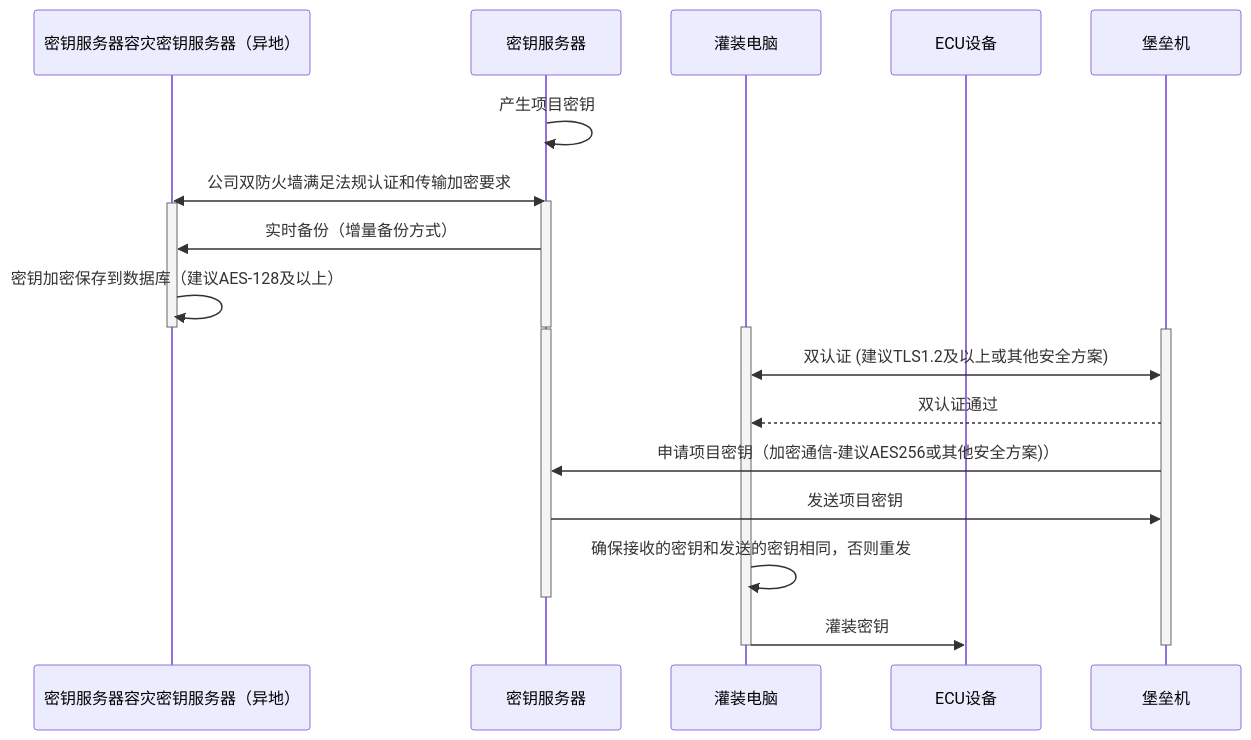
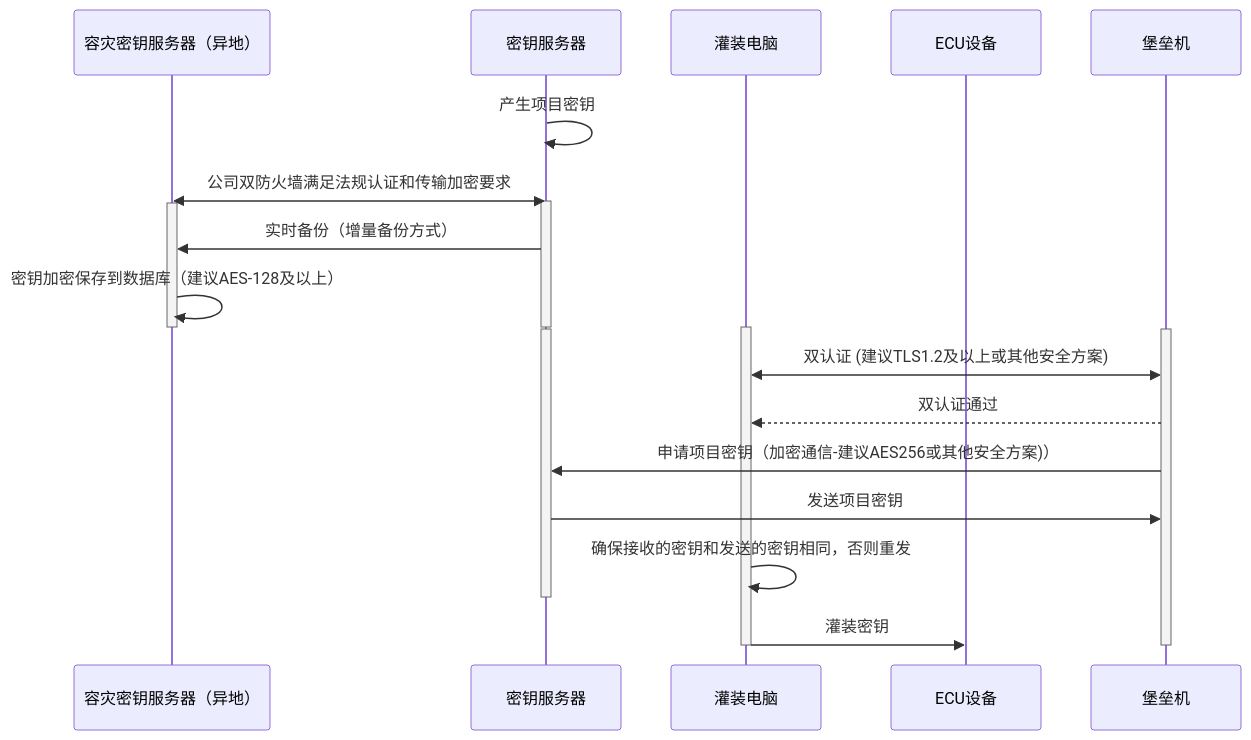
Before and after one commit to facebook-cloud/iodraw-files: the diagram in all/未命名-15.md, drawn with Mermaid.

Commit message:
2026-02-07 09:58:45 update

````diff
--- a/all/未命名-15.md
+++ b/all/未命名-15.md
@@ -1,34 +1,34 @@
 ```mermaid
 sequenceDiagram
-    participant B as 密钥服务器容灾密钥服务器（异地）
+    participant B as 容灾密钥服务器（异地）
     participant A as 密钥服务器
     participant C as 灌装电脑
     participant D as ECU设备
     participant E as 堡垒机
 
     A->>A: 产生项目密钥
     A<<->>B: 公司双防火墙满足法规认证和传输加密要求
     activate A
     activate B
     A->>B: 实时备份（增量备份方式）
     B->>B: 密钥加密保存到数据库（建议AES-128及以上）
     deactivate B
     deactivate A
 
     activate C
     activate A
     activate E
 
     C<<->>E: 双认证 (建议TLS1.2及以上或其他安全方案)
     E-->>C: 双认证通过
 
     E->>A: 申请项目密钥（加密通信-建议AES256或其他安全方案)）
     A->>E: 发送项目密钥
 
     C->>C: 确保接收的密钥和发送的密钥相同，否则重发
     deactivate A
     C->>D: 灌装密钥
     deactivate C
     deactivate E
 
 ```
````
